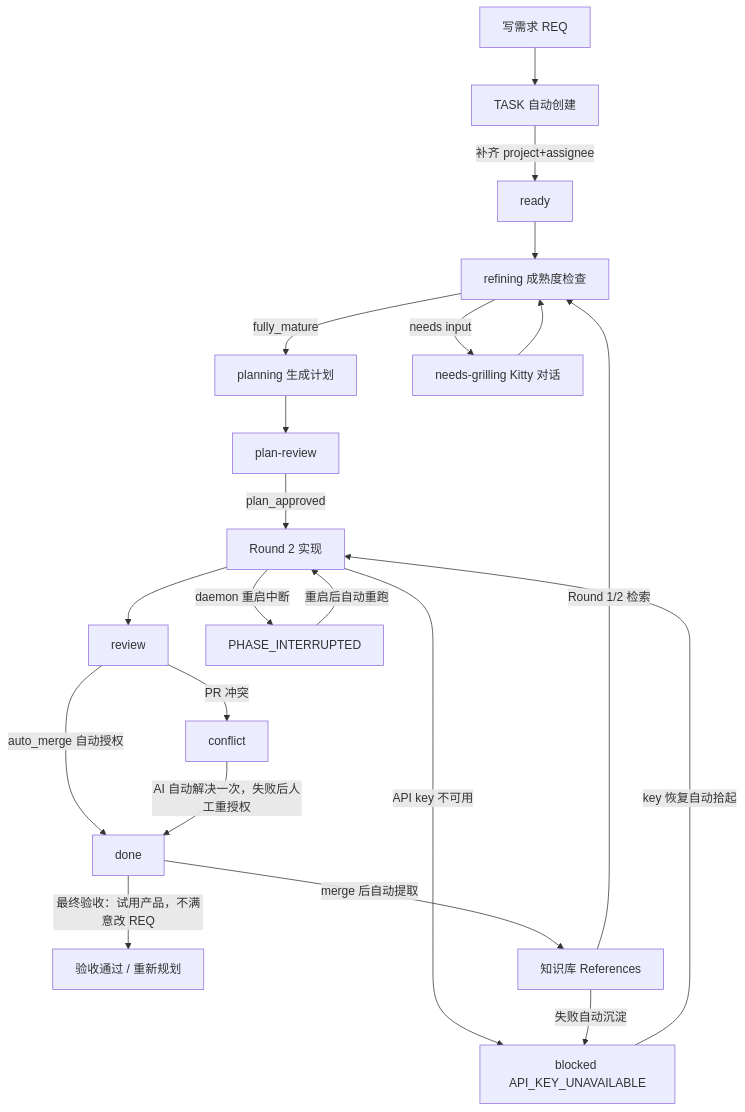
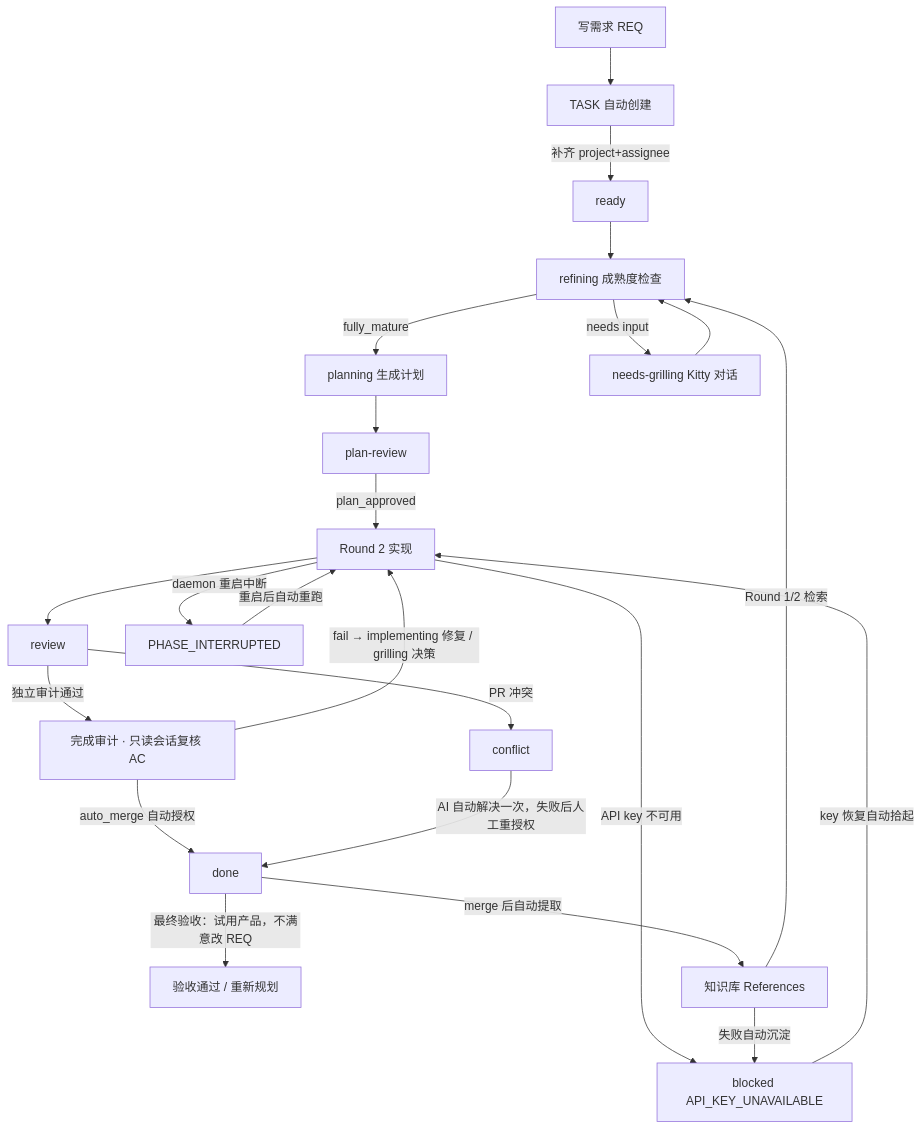
One commit to ndzuki/obsidian-task-runner changed the first of 3 diagrams in README.md. Above: the diagram before and after it, drawn with Mermaid. The commit also changed other lines of this file and 15 other files, not shown here.

First line of the commit message:
feat(daemon): add independent completion audit gate for auto-merge reviews

````diff
--- a/README.md
+++ b/README.md
@@ -57,23 +58,25 @@
 ```mermaid
 flowchart TD
     REQ[写需求 REQ] --> TASK[TASK 自动创建]
     TASK -->|补齐 project+assignee| READY[ready]
     READY --> REFINE[refining 成熟度检查]
     REFINE -->|fully_mature| PLAN[planning 生成计划]
     REFINE -->|needs input| GRILL[needs-grilling Kitty 对话]
     GRILL --> REFINE
     PLAN --> PR[plan-review]
     PR -->|plan_approved| R2[Round 2 实现]
     R2 --> RV[review]
-    RV -->|auto_merge 自动授权| DONE[done]
+    RV -->|独立审计通过| AUDIT[完成审计 · 只读会话复核 AC]
+    AUDIT -->|auto_merge 自动授权| DONE[done]
+    AUDIT -->|fail → implementing 修复 / grilling 决策| R2
     RV -->|PR 冲突| CF[conflict]
     CF -->|AI 自动解决一次，失败后人工重授权| DONE
     R2 -->|API key 不可用| KEYBLOCK[blocked API_KEY_UNAVAILABLE]
     KEYBLOCK -->|key 恢复自动拾起| R2
     R2 -->|daemon 重启中断| INTR[PHASE_INTERRUPTED]
     INTR -->|重启后自动重跑| R2
     DONE -->|最终验收：试用产品，不满意改 REQ| ACCEPT[验收通过 / 重新规划]
     DONE -->|merge 后自动提取| KB[知识库 References]
     KB -->|Round 1/2 检索| REFINE
     KB -->|失败自动沉淀| KEYBLOCK
 ```
````
